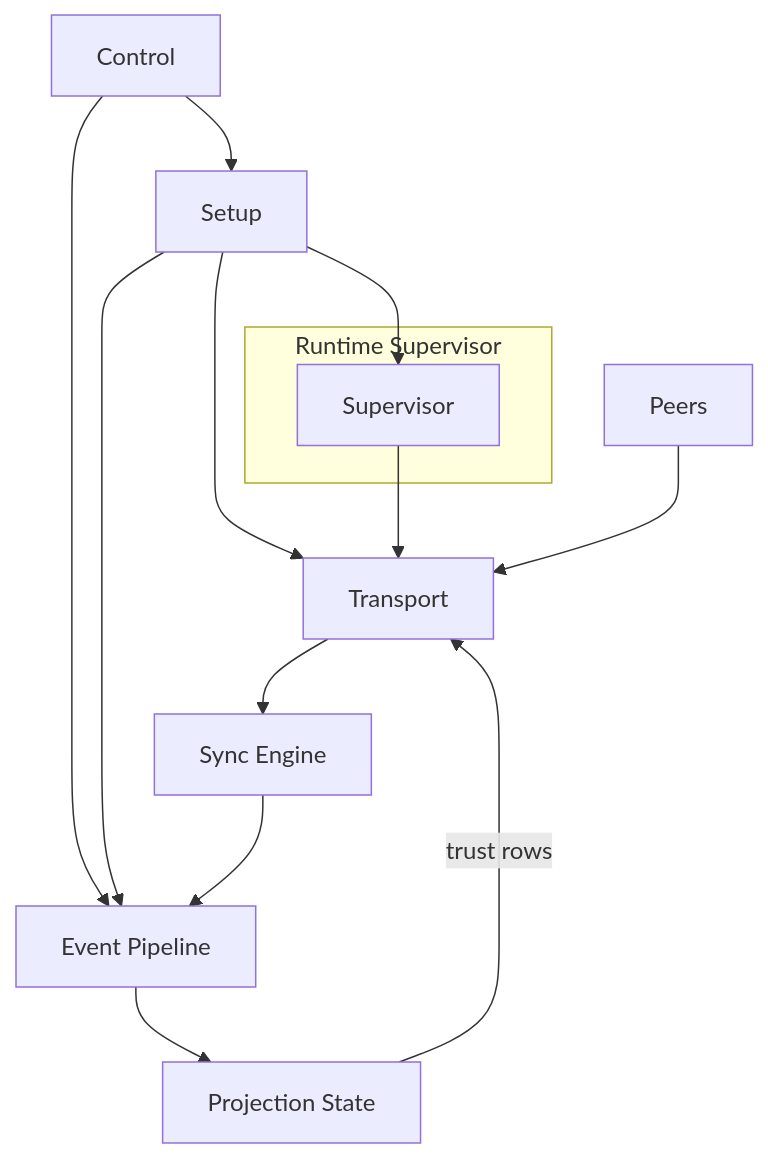
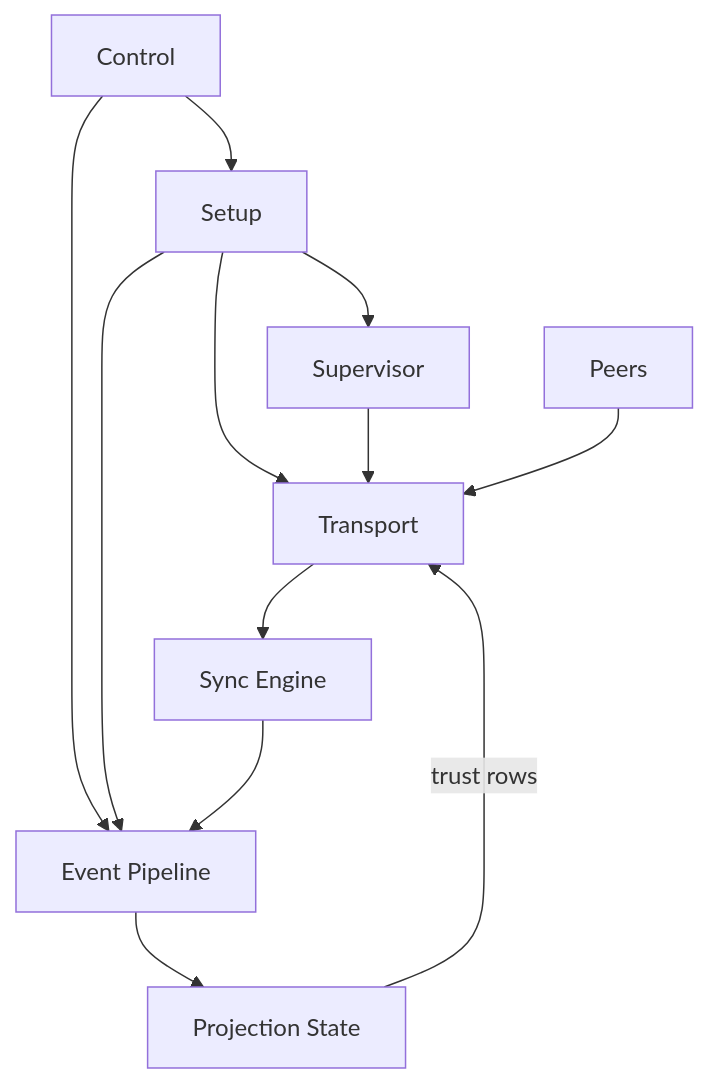
The fourth of 5 diagrams in docs/CURRENT_RUNTIME_DIAGRAM.md (holmesworcester/topo), drawn with Mermaid before and after one commit.

Commit message:
Use Supervisor label consistently in runtime diagrams

````diff
--- a/docs/CURRENT_RUNTIME_DIAGRAM.md
+++ b/docs/CURRENT_RUNTIME_DIAGRAM.md
@@ -95,26 +95,24 @@
 ```mermaid
 %%{init: {"flowchart": {"wrappingWidth": 320}} }%%
 flowchart TD
     CTRL["Control"]
     BOOT["Setup"]
-    subgraph RSUP_BOX["Runtime Supervisor"]
-      RSUP["Supervisor"]
-    end
+    RSUP["Supervisor"]
     TRANS["Transport"]
     SYNC["Sync Engine"]
     PIPE["Event Pipeline"]
     PSTATE["Projection State"]
     PEERS["Peers"]
 
     CTRL --> BOOT
     CTRL --> PIPE
     BOOT --> RSUP
     BOOT --> TRANS
     BOOT --> PIPE
     RSUP --> TRANS
     PEERS --> TRANS
     TRANS --> SYNC
     SYNC --> PIPE
     PIPE --> PSTATE
     PSTATE -->|trust rows| TRANS
 ```
````
